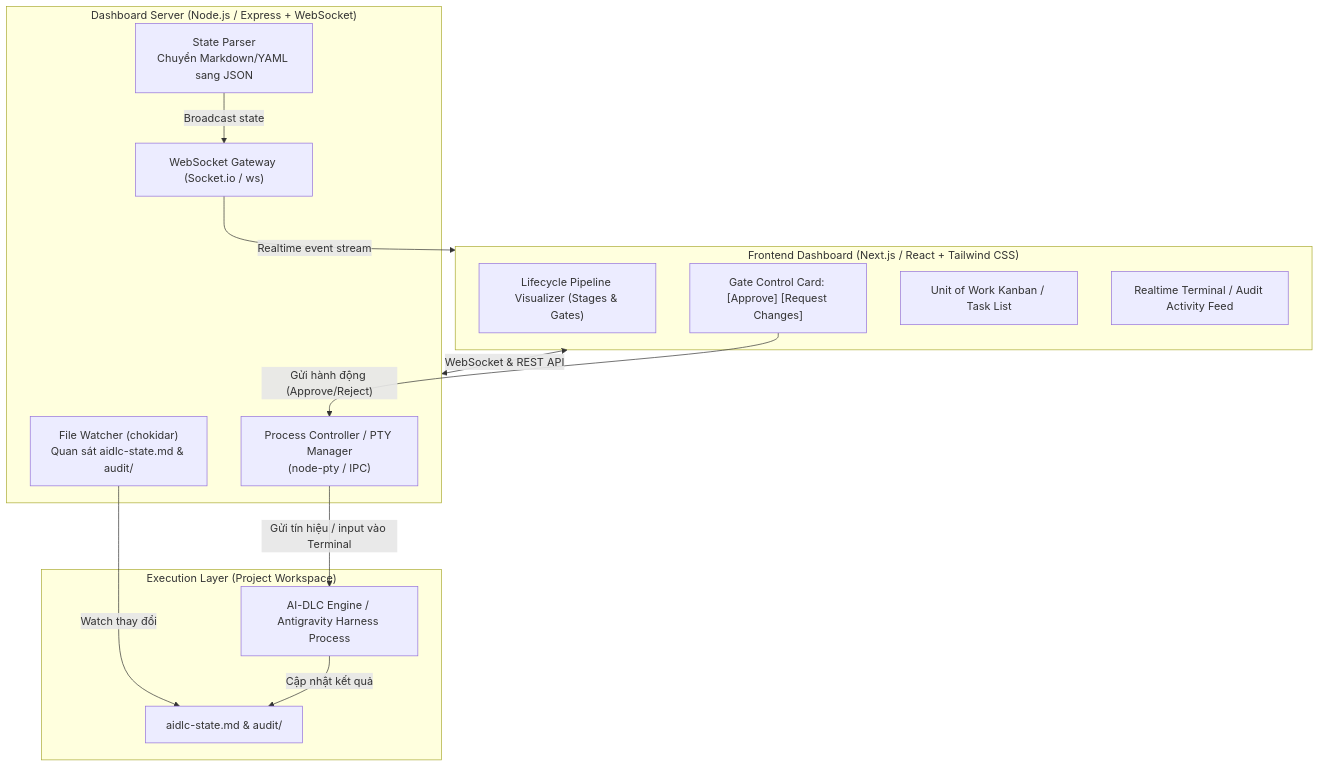
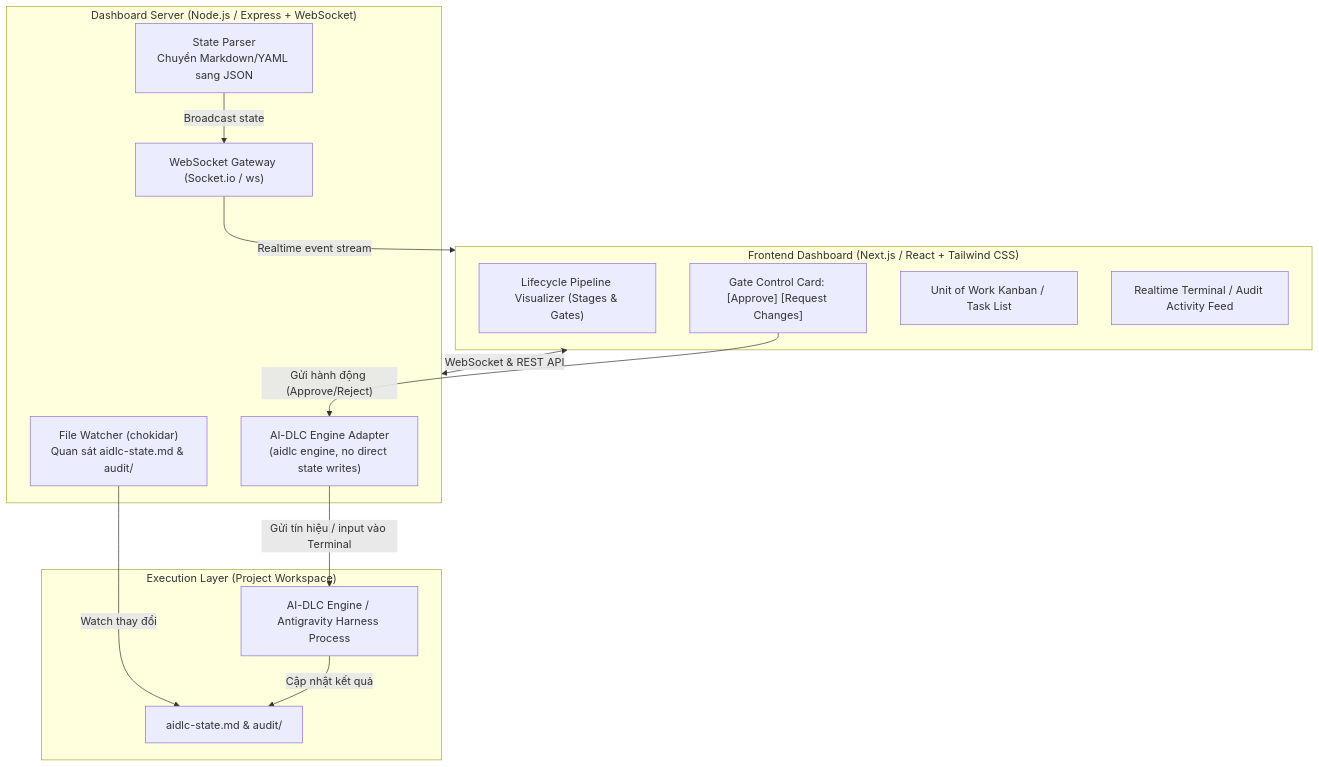
One commit to tadev999/aidlc-dashboard changed the first of 2 diagrams in AIDLC_DASHBOARD_SPEC.md. Above: the diagram before and after it, drawn with Mermaid. The commit also changed other lines of this file and 25 other files, not shown here.

````diff
--- a/AIDLC_DASHBOARD_SPEC.md
+++ b/AIDLC_DASHBOARD_SPEC.md
@@ -58,29 +63,29 @@
 ```mermaid
 flowchart TD
     subgraph UI["Frontend Dashboard (Next.js / React + Tailwind CSS)"]
         A1["Lifecycle Pipeline Visualizer (Stages & Gates)"]
         A2["Gate Control Card: [Approve] [Request Changes]"]
         A3["Unit of Work Kanban / Task List"]
         A4["Realtime Terminal / Audit Activity Feed"]
     end
 
     subgraph Backend["Dashboard Server (Node.js / Express + WebSocket)"]
         B1["File Watcher (chokidar)<br/>Quan sát aidlc-state.md & audit/"]
         B2["State Parser<br/>Chuyển Markdown/YAML sang JSON"]
-        B3["Process Controller / PTY Manager<br/>(node-pty / IPC)"]
+        B3["AI-DLC Engine Adapter<br/>(aidlc engine, no direct state writes)"]
         B4["WebSocket Gateway (Socket.io / ws)"]
     end
 
     subgraph Core["Execution Layer (Project Workspace)"]
         C1["aidlc-state.md & audit/"]
         C2["AI-DLC Engine / Antigravity Harness Process"]
     end
 
     UI <-->|"WebSocket & REST API"| Backend
     B1 -->|"Watch thay đổi"| C1
     B2 -->|"Broadcast state"| B4
     B4 -->|"Realtime event stream"| UI
     A2 -->|"Gửi hành động (Approve/Reject)"| B3
     B3 -->|"Gửi tín hiệu / input vào Terminal"| C2
     C2 -->|"Cập nhật kết quả"| C1
 ```
````
